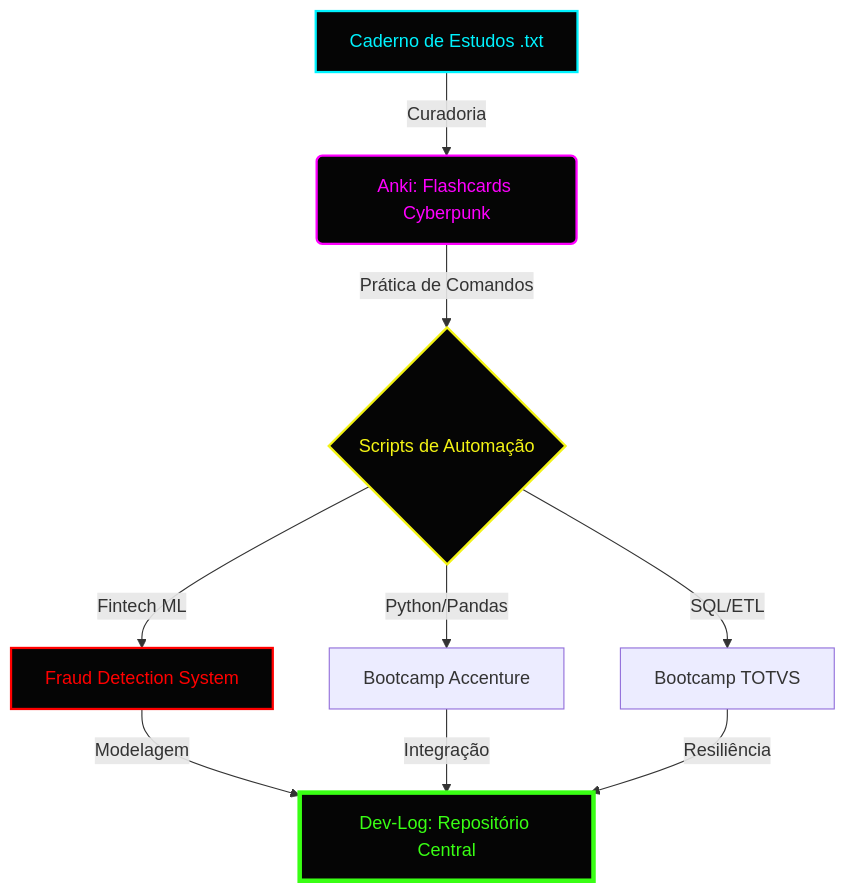
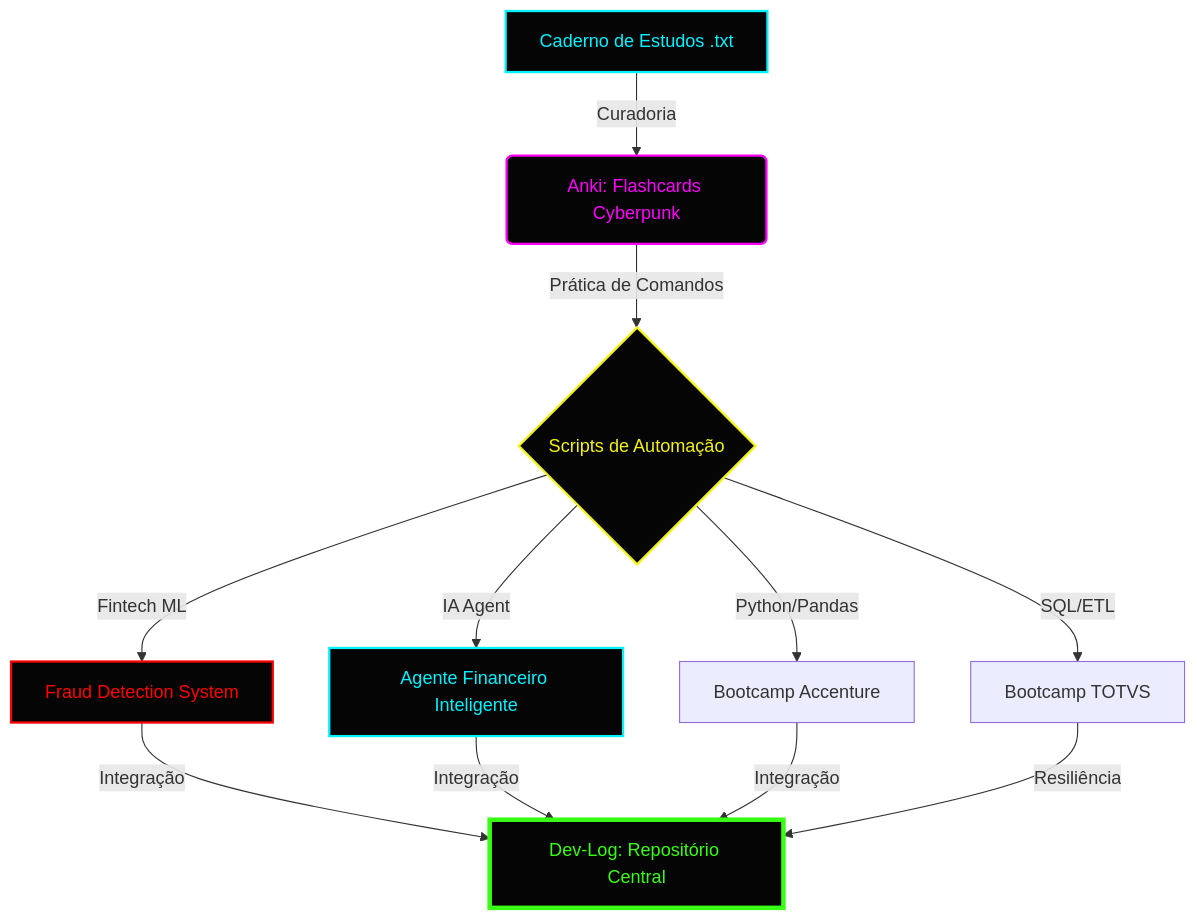
The diagram in README.md (ArkellChandler/dev-log), drawn with Mermaid before and after one commit. The commit also changed other lines of this file and 9 other files, not shown here.

Commit message:
Highlight Agente Financeiro Inteligente in main README and add project documentation

````diff
--- a/README.md
+++ b/README.md
@@ -27,16 +27,17 @@
 ```mermaid
 graph TD
     A[Caderno de Estudos .txt] -->|Curadoria| B(Anki: Flashcards Cyberpunk)
     B -->|Prática de Comandos| C{Scripts de Automação}
-    C -->|Fintech ML| D2[Fraud Detection System]
-    C -->|Python/Pandas| D[Bootcamp Accenture]
+    C -->|Fintech ML| D1[Fraud Detection System]
+    C -->|IA Agent| D2[Agente Financeiro Inteligente]
+    C -->|Python/Pandas| D3[Bootcamp Accenture]
     C -->|SQL/ETL| E[Bootcamp TOTVS]
-    D2 -->|Modelagem| F[Dev-Log: Repositório Central]
-    D -->|Integração| F
+    D1 & D2 & D3 -->|Integração| F[Dev-Log: Repositório Central]
     E -->|Resiliência| F
     style A fill:#050505,stroke:#00f3ff,stroke-width:2px,color:#00f3ff
     style B fill:#050505,stroke:#ff00ff,stroke-width:2px,color:#ff00ff
     style C fill:#050505,stroke:#f3f315,stroke-width:2px,color:#f3f315
-    style D2 fill:#050505,stroke:#ff0000,stroke-width:2px,color:#ff0000
+    style D1 fill:#050505,stroke:#ff0000,stroke-width:2px,color:#ff0000
+    style D2 fill:#050505,stroke:#00f3ff,stroke-width:2px,color:#00f3ff
     style F fill:#050505,stroke:#39ff14,stroke-width:4px,color:#39ff14
 ```
````
